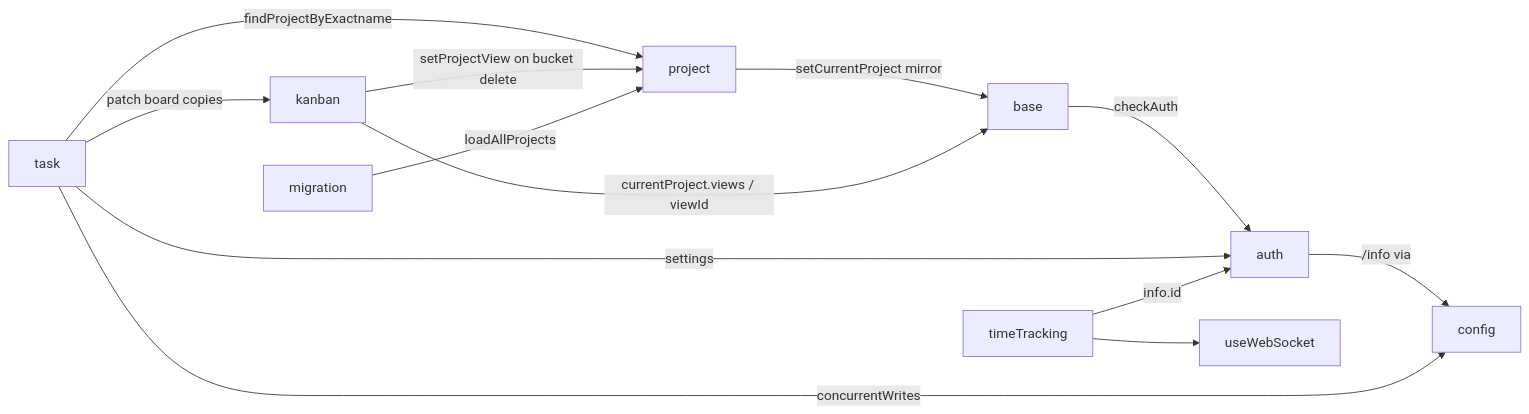
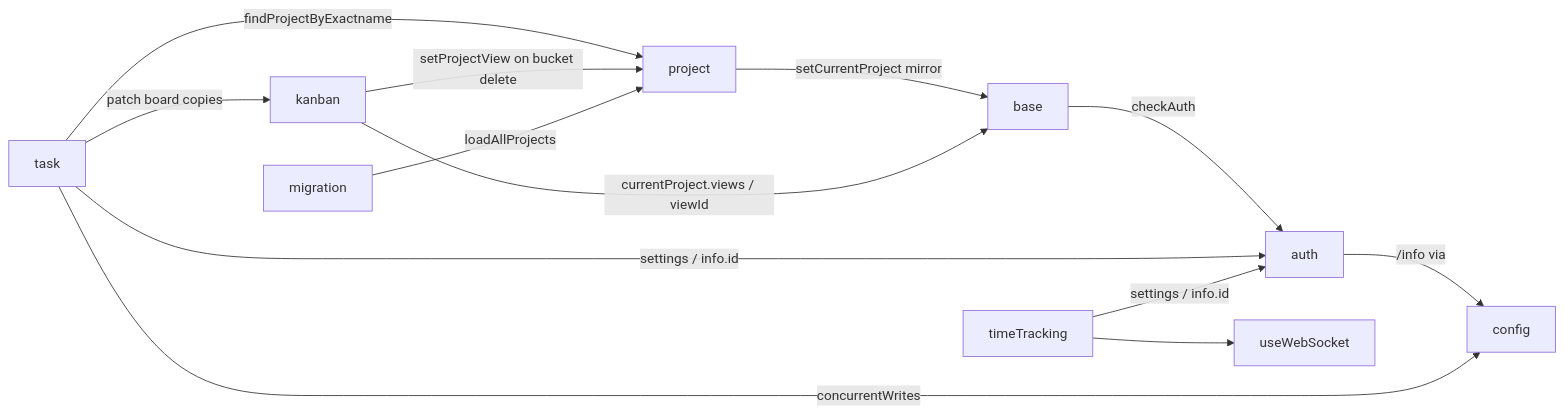
One commit to talbama/vikunja-port changed the diagram in .agents/wiki/components/frontend/stores.md. Above: the diagram before and after it, drawn with Mermaid. The commit also changed other lines of this file and 57 other files, not shown here.

````diff
--- a/.agents/wiki/components/frontend/stores.md
+++ b/.agents/wiki/components/frontend/stores.md
@@ -106,15 +106,14 @@
 ```mermaid
 flowchart LR
     base -->|checkAuth| auth
     auth -->|/info via| config
     project -->|setCurrentProject mirror| base
     task -->|patch board copies| kanban
     task -->|findProjectByExactname| project
-    task -->|settings| auth
+    task & timeTracking -->|settings / info.id| auth
     task -->|concurrentWrites| config
     kanban -->|currentProject.views / viewId| base
     kanban -->|setProjectView on bucket delete| project
     migration -->|loadAllProjects| project
-    timeTracking -->|info.id| auth
     timeTracking --> ws[useWebSocket]
 ```
````
